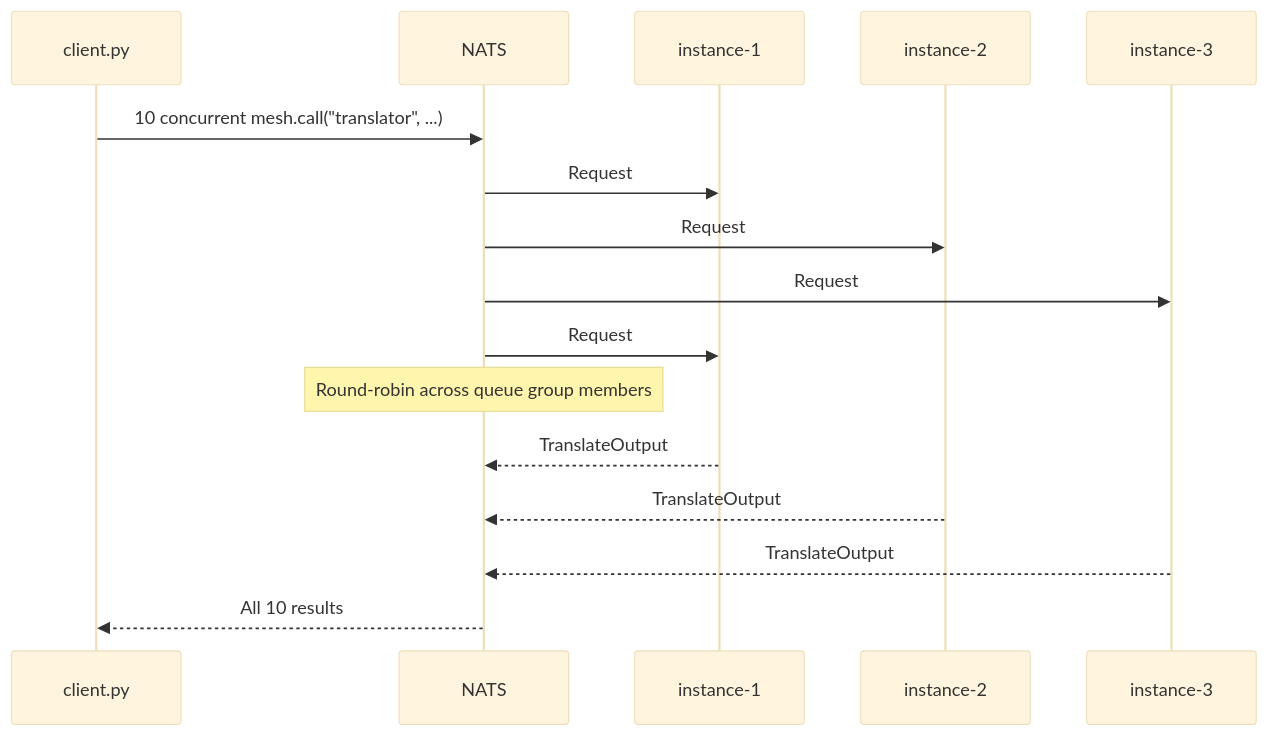
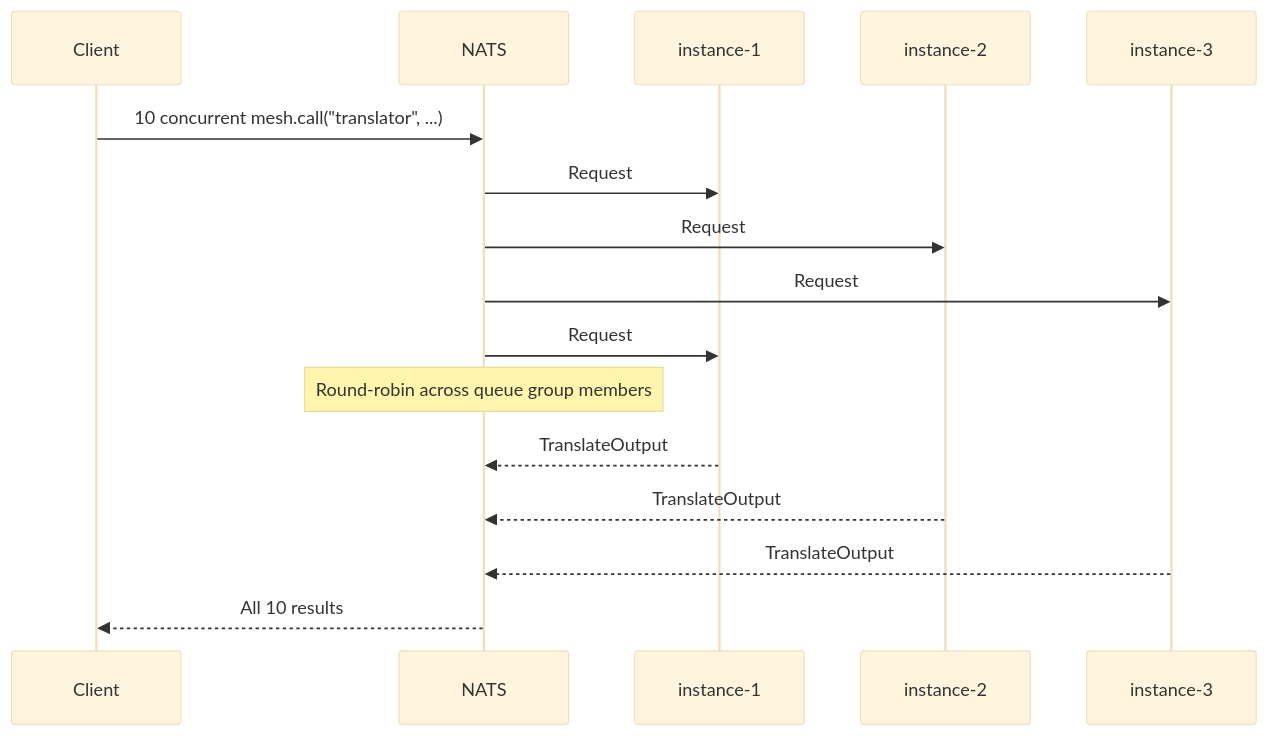
The diagram in docs/cookbook/load-balancing.md (openagentmesh/openagentmesh), drawn with Mermaid (base theme) before and after one commit. The commit also changed other lines of this file and 8 other files, not shown here.

````diff
--- a/docs/cookbook/load-balancing.md
+++ b/docs/cookbook/load-balancing.md
@@ -115,19 +23,19 @@
 ```mermaid
 sequenceDiagram
-    participant Client as client.py
+    participant Client
     participant NATS
     participant I1 as instance-1
     participant I2 as instance-2
     participant I3 as instance-3
 
     Client->>NATS: 10 concurrent mesh.call("translator", ...)
     NATS->>I1: Request #0
     NATS->>I2: Request #1
     NATS->>I3: Request #2
     NATS->>I1: Request #3
     Note over NATS: Round-robin across queue group members
     I1-->>NATS: TranslateOutput
     I2-->>NATS: TranslateOutput
     I3-->>NATS: TranslateOutput
     NATS-->>Client: All 10 results
 ```
````
